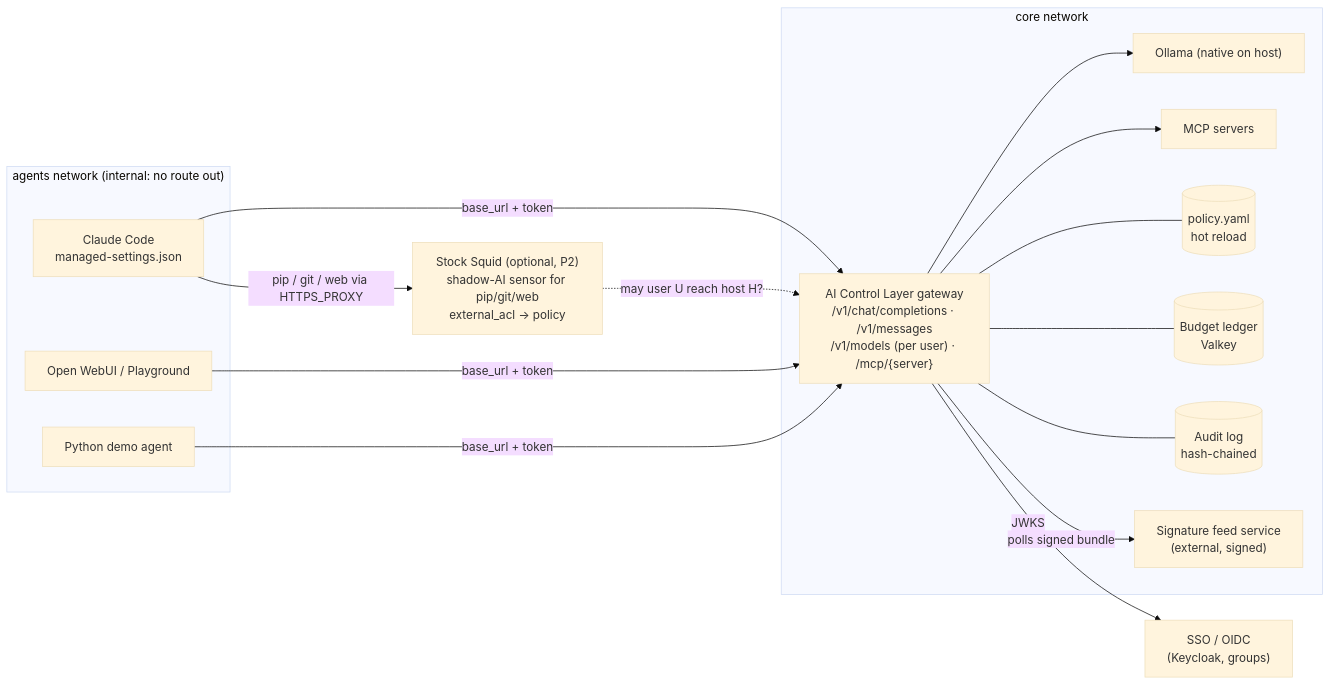
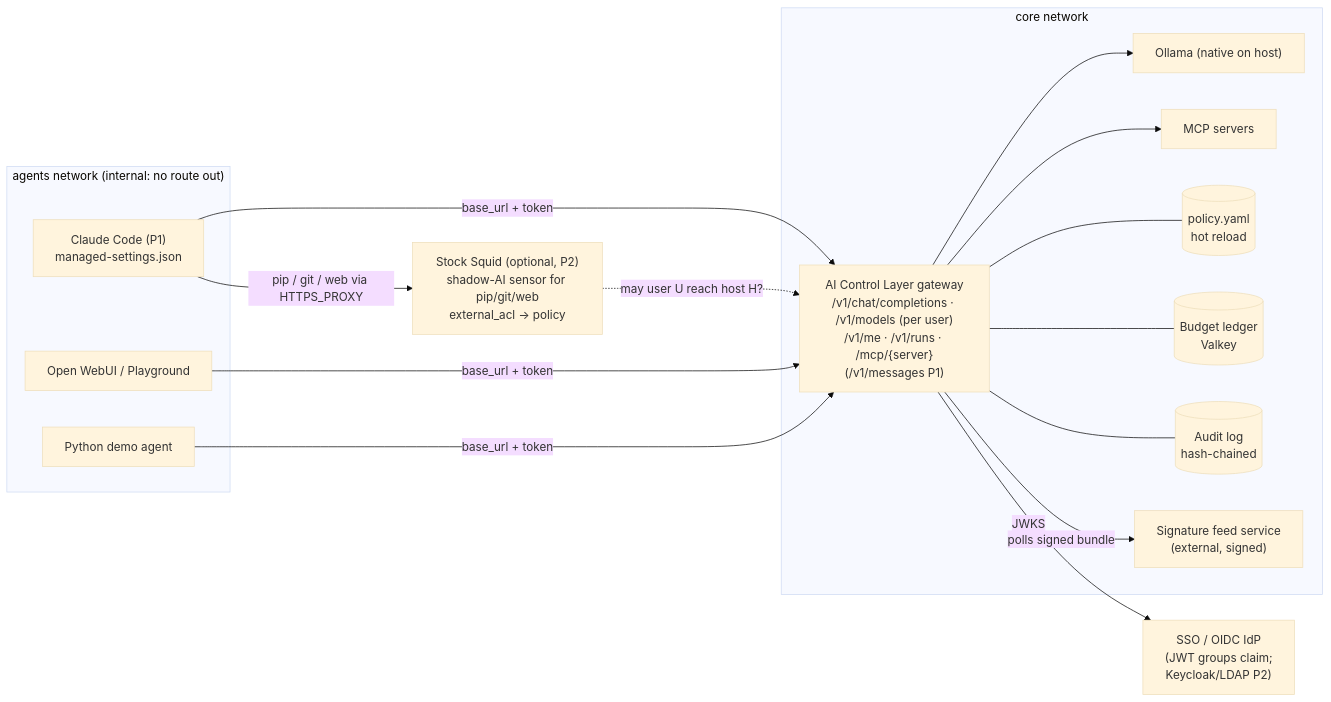
Before and after one commit to damianlech/HackYeah26: the second of 2 diagrams in docs/01-review-of-our-first-idea.md, drawn with Mermaid (base theme). The commit also changed other lines of this file and 21 other files, not shown here.

````diff
--- a/docs/01-review-of-our-first-idea.md
+++ b/docs/01-review-of-our-first-idea.md
@@ -53,26 +55,26 @@
 ```mermaid
 flowchart LR
   subgraph AG["agents network (internal: no route out)"]
-    CC["Claude Code<br/>managed-settings.json"]
+    CC["Claude Code (P1)<br/>managed-settings.json"]
     OW["Open WebUI / Playground"]
     PA["Python demo agent"]
   end
   subgraph CORE["core network"]
-    GW["AI Control Layer gateway<br/>/v1/chat/completions · /v1/messages<br/>/v1/models (per user) · /mcp/{server}"]
+    GW["AI Control Layer gateway<br/>/v1/chat/completions · /v1/models (per user)<br/>/v1/me · /v1/runs · /mcp/{server}<br/>(/v1/messages P1)"]
     POL[("policy.yaml<br/>hot reload")]
     FEED["Signature feed service<br/>(external, signed)"]
     LED[("Budget ledger<br/>Valkey")]
     AUD[("Audit log<br/>hash-chained")]
     OLL["Ollama (native on host)"]
     MCP["MCP servers"]
   end
   SQ["Stock Squid (optional, P2)<br/>shadow-AI sensor for pip/git/web<br/>external_acl → policy"]
-  IDP["SSO / OIDC<br/>(Keycloak, groups)"]
+  IDP["SSO / OIDC IdP<br/>(JWT groups claim;<br/>Keycloak/LDAP P2)"]
   CC & OW & PA -- "base_url + token" --> GW
   CC -- "pip / git / web via HTTPS_PROXY" --> SQ
   SQ -. "may user U reach host H?" .-> GW
   GW --> OLL & MCP
   GW --- POL & LED & AUD
   GW -- "polls signed bundle" --> FEED
   GW -- "JWKS" --> IDP
 ```
````
